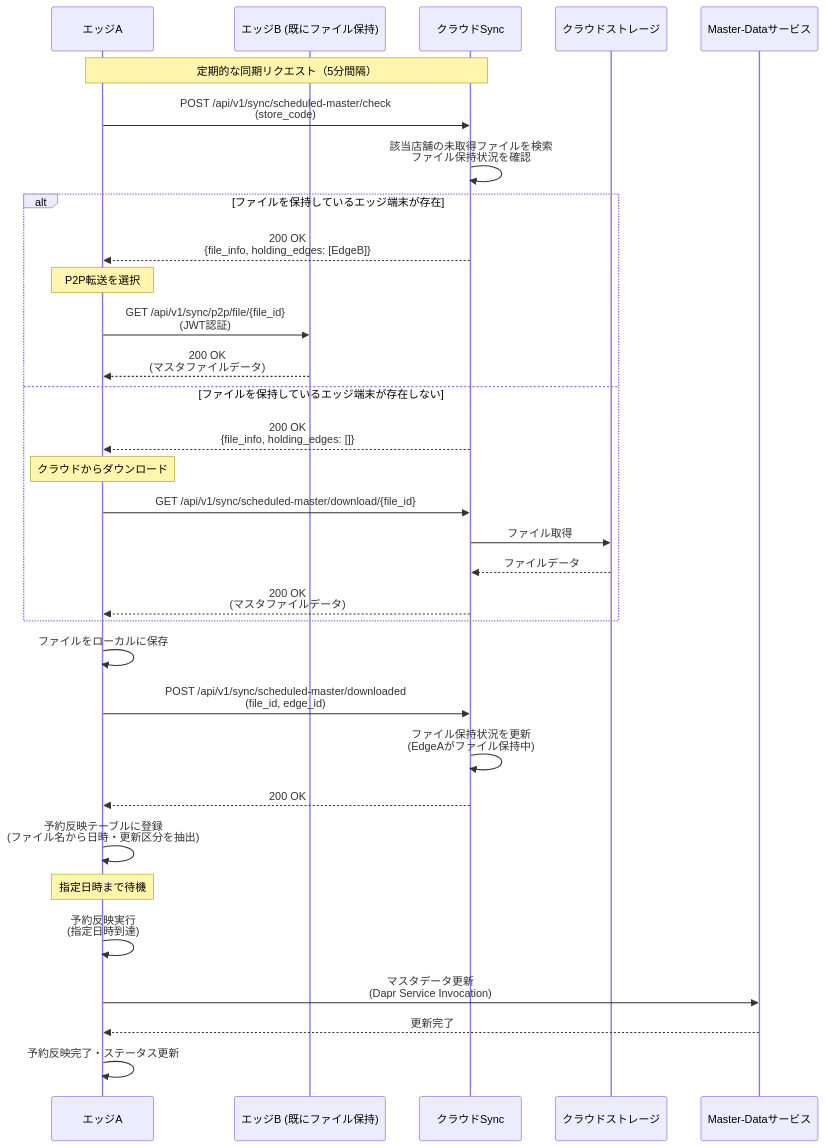
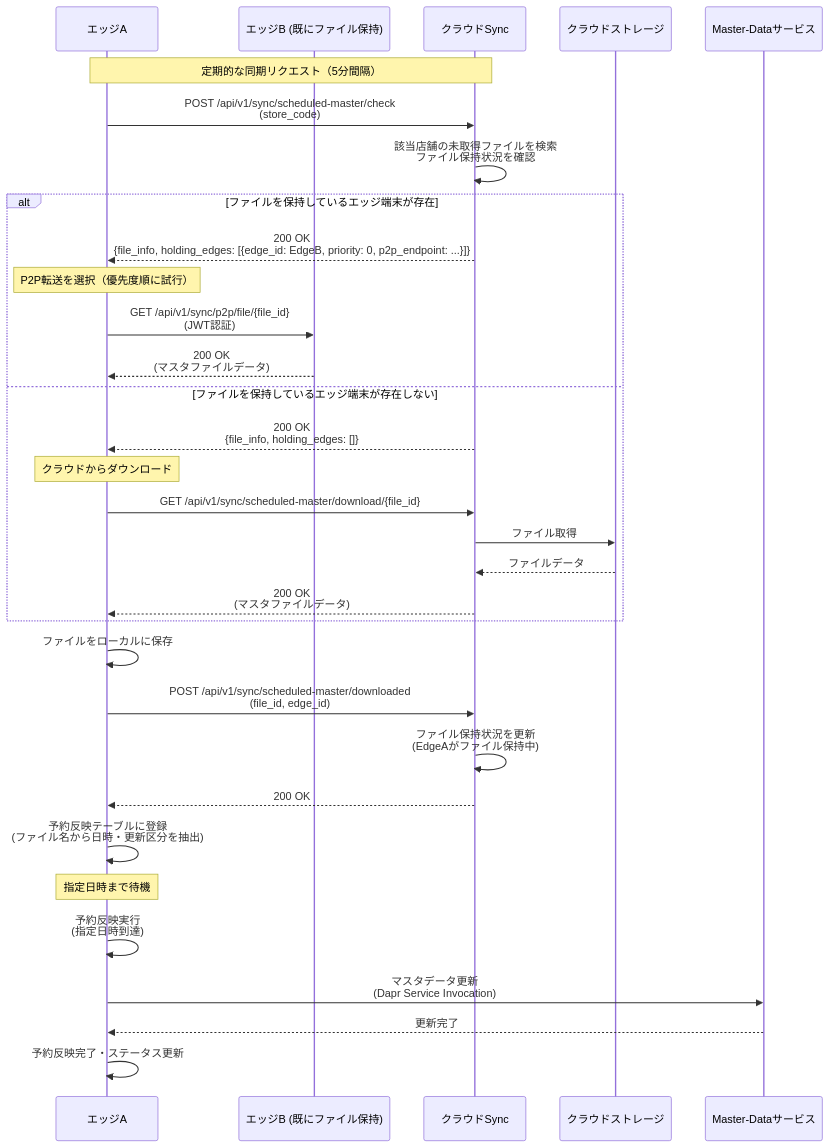
Before and after one commit to gaocuiping/kugelpos-stpos-docs-new: the sixth of 9 diagrams in notes/1-sync/02_詳細設計書.md, drawn with Mermaid. The commit also changed other lines of this file and 2 other files, not shown here.

````diff
--- a/notes/1-sync/02_詳細設計書.md
+++ b/notes/1-sync/02_詳細設計書.md
@@ -629,43 +629,43 @@
 ```mermaid
 sequenceDiagram
     participant EdgeA as エッジA
     participant EdgeB as エッジB (既にファイル保持)
     participant CloudSync as クラウドSync
     participant CloudStorage as クラウドストレージ
     participant MasterData as Master-Dataサービス
 
     Note over EdgeA,CloudSync: 定期的な同期リクエスト（5分間隔）
     EdgeA->>CloudSync: POST /api/v1/sync/scheduled-master/check<br/>(store_code)
     CloudSync->>CloudSync: 該当店舗の未取得ファイルを検索<br/>ファイル保持状況を確認
 
     alt ファイルを保持しているエッジ端末が存在
-        CloudSync-->>EdgeA: 200 OK<br/>{file_info, holding_edges: [EdgeB]}
-        Note over EdgeA: P2P転送を選択
+        CloudSync-->>EdgeA: 200 OK<br/>{file_info, holding_edges: [{edge_id: EdgeB, priority: 0, p2p_endpoint: ...}]}
+        Note over EdgeA: P2P転送を選択（優先度順に試行）
 
         EdgeA->>EdgeB: GET /api/v1/sync/p2p/file/{file_id}<br/>(JWT認証)
         EdgeB-->>EdgeA: 200 OK<br/>(マスタファイルデータ)
     else ファイルを保持しているエッジ端末が存在しない
         CloudSync-->>EdgeA: 200 OK<br/>{file_info, holding_edges: []}
         Note over EdgeA: クラウドからダウンロード
 
         EdgeA->>CloudSync: GET /api/v1/sync/scheduled-master/download/{file_id}
         CloudSync->>CloudStorage: ファイル取得
         CloudStorage-->>CloudSync: ファイルデータ
         CloudSync-->>EdgeA: 200 OK<br/>(マスタファイルデータ)
     end
 
     EdgeA->>EdgeA: ファイルをローカルに保存
     EdgeA->>CloudSync: POST /api/v1/sync/scheduled-master/downloaded<br/>(file_id, edge_id)
     CloudSync->>CloudSync: ファイル保持状況を更新<br/>(EdgeAがファイル保持中)
     CloudSync-->>EdgeA: 200 OK
 
     EdgeA->>EdgeA: 予約反映テーブルに登録<br/>(ファイル名から日時・更新区分を抽出)
 
     Note over EdgeA: 指定日時まで待機
 
     EdgeA->>EdgeA: 予約反映実行<br/>(指定日時到達)
     EdgeA->>MasterData: マスタデータ更新<br/>(Dapr Service Invocation)
     MasterData-->>EdgeA: 更新完了
 
     EdgeA->>EdgeA: 予約反映完了・ステータス更新
 ```
````
